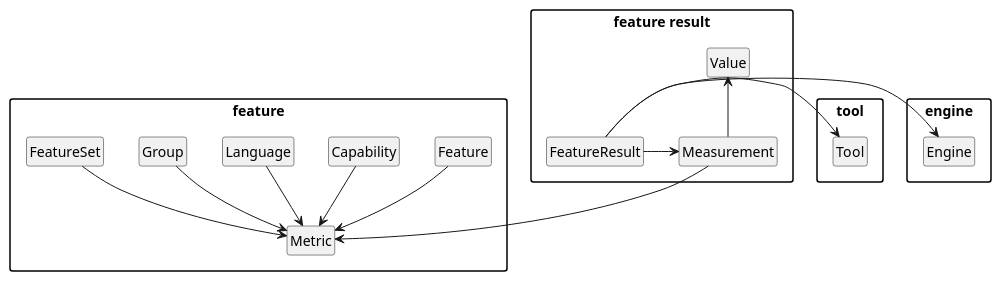
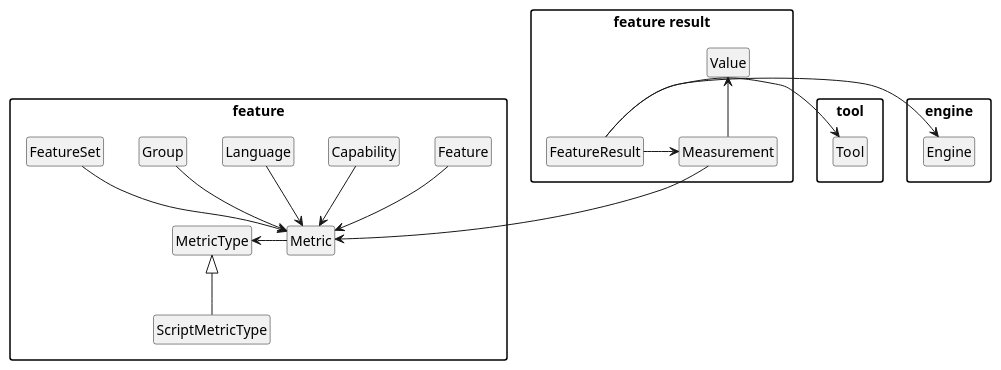
Before and after one commit to uniba-dsg/betsy: the diagram in pebl/doc/result-feature-result.puml, drawn with PlantUML. The commit also changed 11 other files, not shown here.

```diff
--- a/pebl/doc/result-feature-result.puml
+++ b/pebl/doc/result-feature-result.puml
@@ -1,48 +1,52 @@
 @startuml
 
 package "engine" {
   class Engine
 }
 package "tool" {
   class Tool
 }
 package "feature result" {
   class FeatureResult
   class Value
   class Measurement
 
   Measurement -up-> Value
 
   FeatureResult -> Measurement
   FeatureResult -> Tool
   FeatureResult -> Engine
 }
 
 package "feature" {
 
 	class Metric
+	class MetricType
+	class ScriptMetricType extends MetricType
 
 	class Feature
 	class Capability
     	class Language
     	class Group
     	class FeatureSet
 
 	Feature --> Metric
 	Capability --> Metric
 	Language --> Metric
 	Group --> Metric
 	FeatureSet --> Metric
 
+	Metric -left-> MetricType
+
 }
 
 Measurement --> Metric
 
 hide empty members
 hide empty methods
 hide circle
 
 skinparam monochrome true
 skinparam shadowing false
 skinparam packageStyle rect
 @enduml
```
